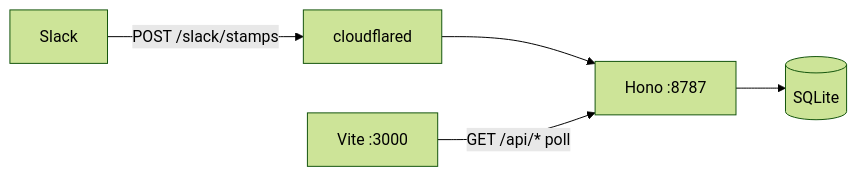
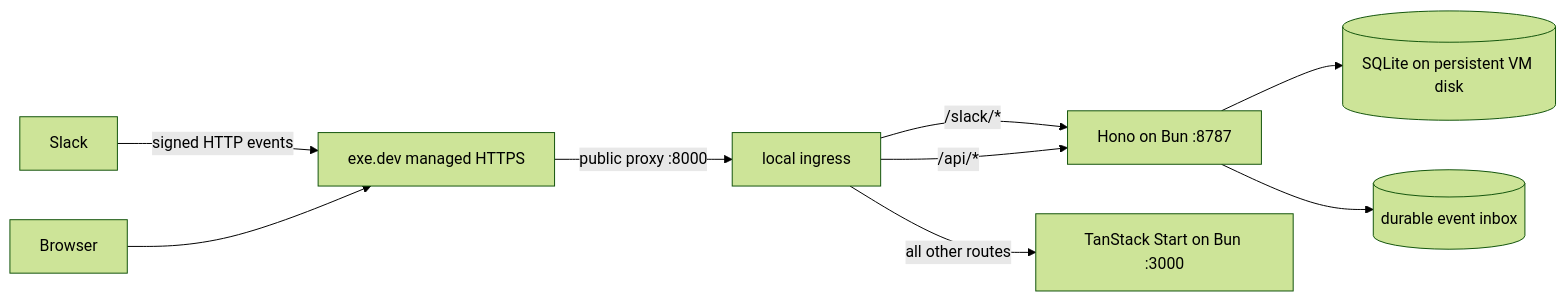
Before and after one commit to mijho/stamphog: the first of 2 diagrams in plan.md, drawn with Mermaid (forest theme). The commit also changed other lines of this file and 30 other files, not shown here.

````diff
--- a/plan.md
+++ b/plan.md
@@ -19,7 +33,11 @@
 ```mermaid
 flowchart LR
-  Slack -->|POST /slack/stamps| CF[cloudflared]
-  CF --> API[Hono :8787]
-  API --> DB[(SQLite)]
-  UI[Vite :3000] -->|GET /api/* poll| API
+  Slack -->|signed HTTP events| EXE[exe.dev managed HTTPS]
+  Browser --> EXE
+  EXE -->|public proxy :8000| INGRESS[local ingress]
+  INGRESS -->|/slack/*| API[Hono on Bun :8787]
+  INGRESS -->|/api/*| API
+  INGRESS -->|all other routes| WEB[TanStack Start on Bun :3000]
+  API --> DB[(SQLite on persistent VM disk)]
+  API --> JOBS[(durable event inbox)]
 ```
````
